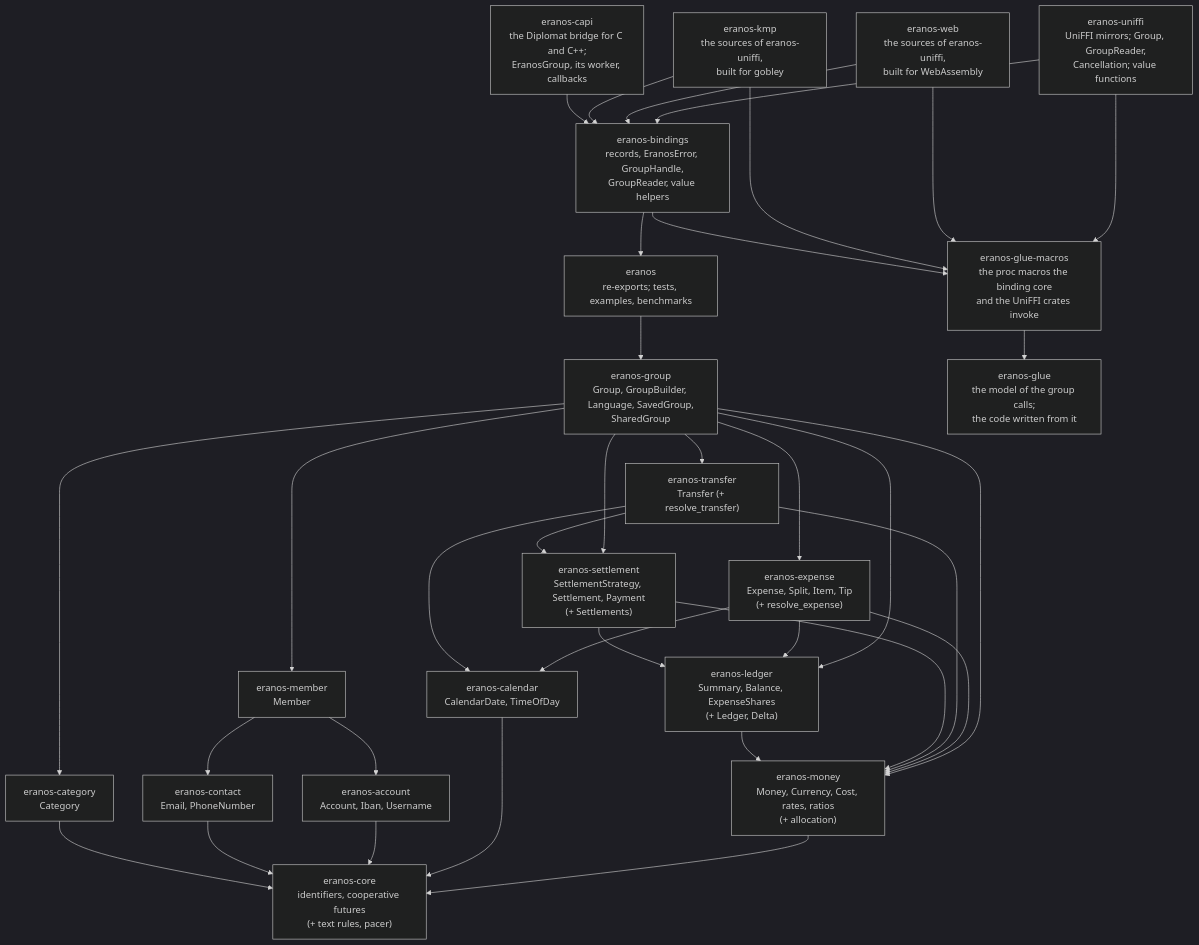
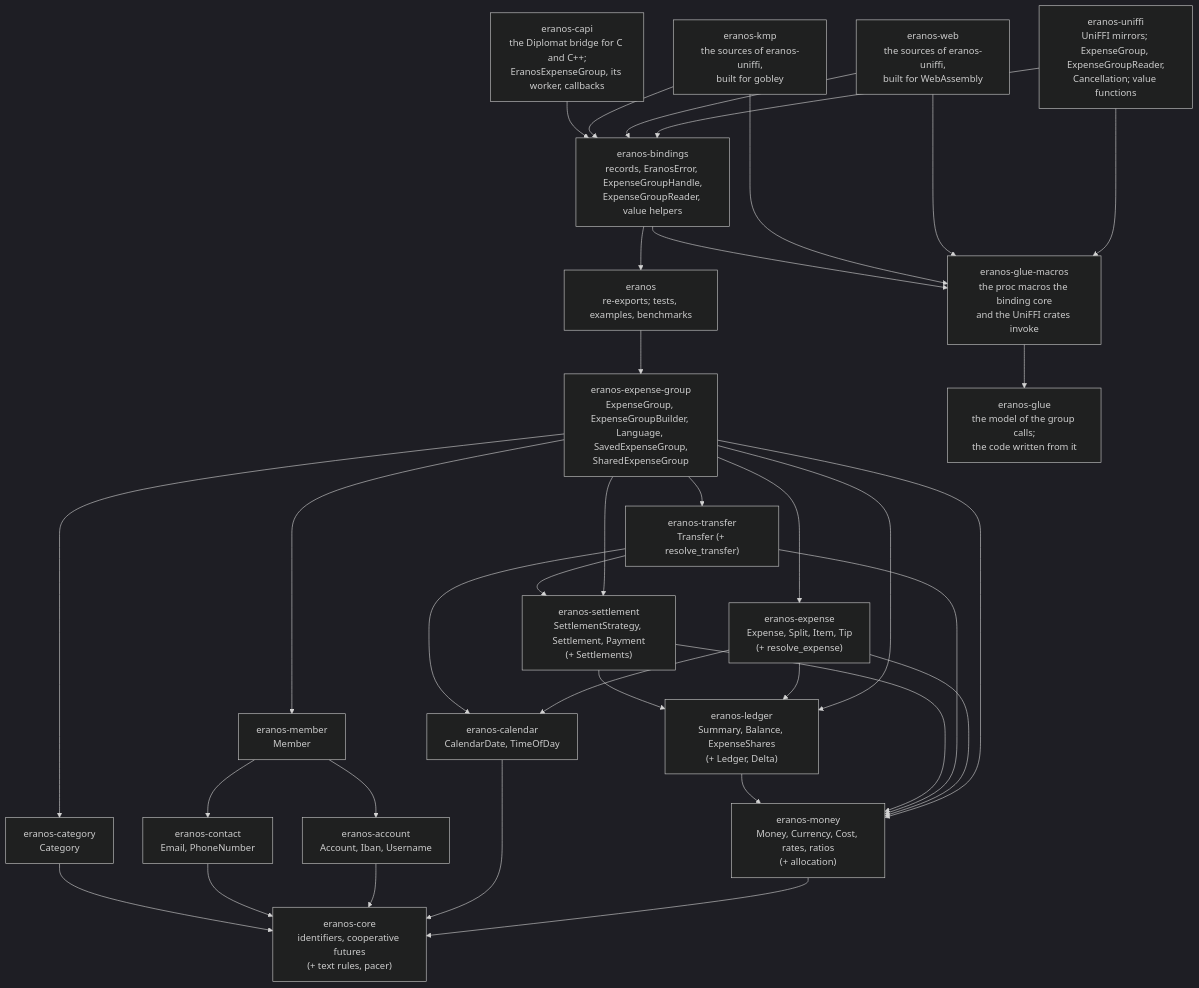
The first of 3 diagrams in docs/ARCHITECTURE.md (cristiancristea00/eranos), drawn with Mermaid (dark theme) before and after one commit. The commit also changed other lines of this file and 315 other files, not shown here.

````diff
--- a/docs/ARCHITECTURE.md
+++ b/docs/ARCHITECTURE.md
@@ -86,57 +86,57 @@
 ```mermaid
 flowchart TD
-    UNIFFI["eranos-uniffi<br/>UniFFI mirrors; Group, GroupReader,<br/>Cancellation; value functions"]
+    UNIFFI["eranos-uniffi<br/>UniFFI mirrors; ExpenseGroup, ExpenseGroupReader,<br/>Cancellation; value functions"]
     WEB["eranos-web<br/>the sources of eranos-uniffi,<br/>built for WebAssembly"]
     KMP["eranos-kmp<br/>the sources of eranos-uniffi,<br/>built for gobley"]
-    CAPI["eranos-capi<br/>the Diplomat bridge for C and C++;<br/>EranosGroup, its worker, callbacks"]
-    BINDINGS["eranos-bindings<br/>records, EranosError, GroupHandle,<br/>GroupReader, value helpers"]
+    CAPI["eranos-capi<br/>the Diplomat bridge for C and C++;<br/>EranosExpenseGroup, its worker, callbacks"]
+    BINDINGS["eranos-bindings<br/>records, EranosError, ExpenseGroupHandle,<br/>ExpenseGroupReader, value helpers"]
     FACADE["eranos<br/>re-exports; tests, examples, benchmarks"]
-    GROUP["eranos-group<br/>Group, GroupBuilder, Language, SavedGroup,<br/>SharedGroup"]
+    EXPENSE_GROUP["eranos-expense-group<br/>ExpenseGroup, ExpenseGroupBuilder, Language, SavedExpenseGroup,<br/>SharedExpenseGroup"]
     EXPENSE["eranos-expense<br/>Expense, Split, Item, Tip<br/>(+ resolve_expense)"]
     TRANSFER["eranos-transfer<br/>Transfer (+ resolve_transfer)"]
     MEMBER["eranos-member<br/>Member"]
     CATEGORY["eranos-category<br/>Category"]
     SETTLEMENT["eranos-settlement<br/>SettlementStrategy, Settlement, Payment<br/>(+ Settlements)"]
     ACCOUNT["eranos-account<br/>Account, Iban, Username"]
     CONTACT["eranos-contact<br/>Email, PhoneNumber"]
     LEDGER["eranos-ledger<br/>Summary, Balance, ExpenseShares<br/>(+ Ledger, Delta)"]
     CALENDAR["eranos-calendar<br/>CalendarDate, TimeOfDay"]
     MONEY["eranos-money<br/>Money, Currency, Cost, rates, ratios<br/>(+ allocation)"]
     CORE["eranos-core<br/>identifiers, cooperative futures<br/>(+ text rules, pacer)"]
     MACROS["eranos-glue-macros<br/>the proc macros the binding core<br/>and the UniFFI crates invoke"]
     GLUE["eranos-glue<br/>the model of the group calls;<br/>the code written from it"]
     UNIFFI --> BINDINGS
     WEB --> BINDINGS
     KMP --> BINDINGS
     UNIFFI --> MACROS
     WEB --> MACROS
     KMP --> MACROS
     CAPI --> BINDINGS
     BINDINGS --> FACADE
     BINDINGS --> MACROS
     MACROS --> GLUE
-    FACADE --> GROUP
-    GROUP --> EXPENSE
-    GROUP --> TRANSFER
-    GROUP --> MEMBER
-    GROUP --> CATEGORY
-    GROUP --> SETTLEMENT
-    GROUP --> LEDGER
-    GROUP --> MONEY
+    FACADE --> EXPENSE_GROUP
+    EXPENSE_GROUP --> EXPENSE
+    EXPENSE_GROUP --> TRANSFER
+    EXPENSE_GROUP --> MEMBER
+    EXPENSE_GROUP --> CATEGORY
+    EXPENSE_GROUP --> SETTLEMENT
+    EXPENSE_GROUP --> LEDGER
+    EXPENSE_GROUP --> MONEY
     EXPENSE --> LEDGER
     EXPENSE --> CALENDAR
     EXPENSE --> MONEY
     TRANSFER --> SETTLEMENT
     TRANSFER --> CALENDAR
     TRANSFER --> MONEY
     MEMBER --> ACCOUNT
     MEMBER --> CONTACT
     SETTLEMENT --> LEDGER
     SETTLEMENT --> MONEY
     LEDGER --> MONEY
     MONEY --> CORE
     CALENDAR --> CORE
     ACCOUNT --> CORE
     CONTACT --> CORE
     CATEGORY --> CORE
 ```
````
